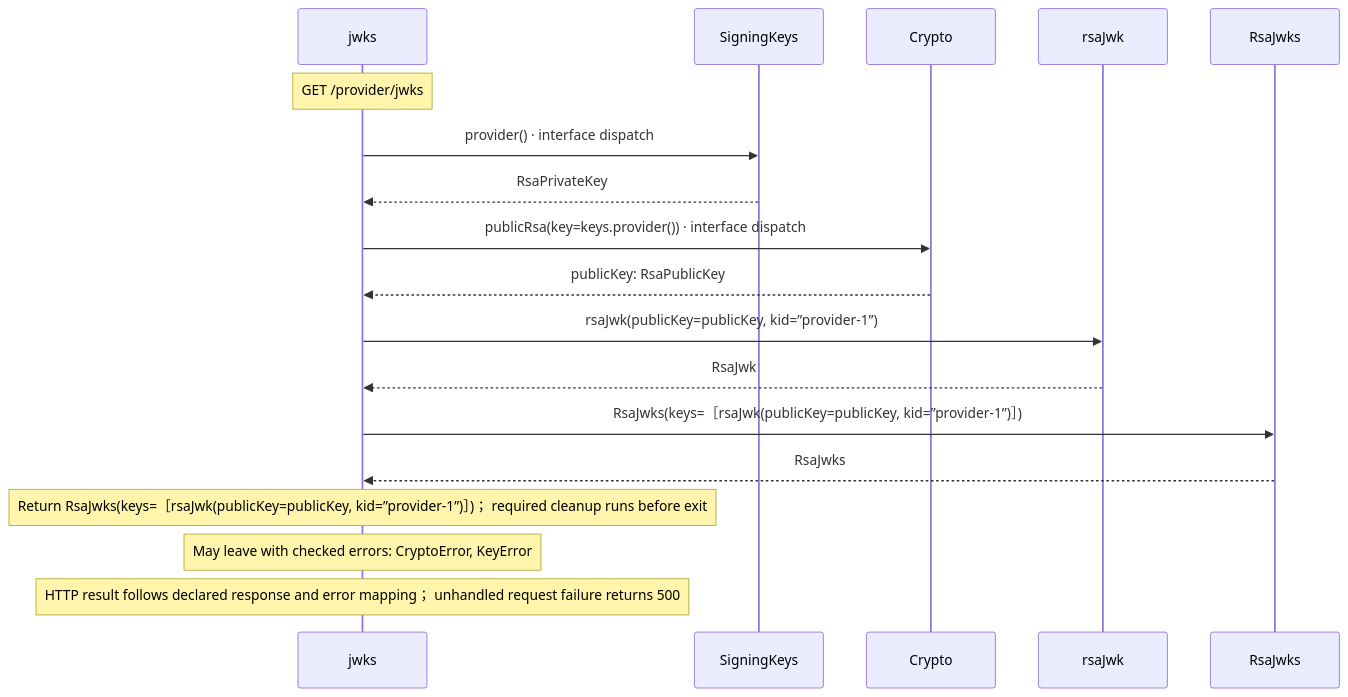
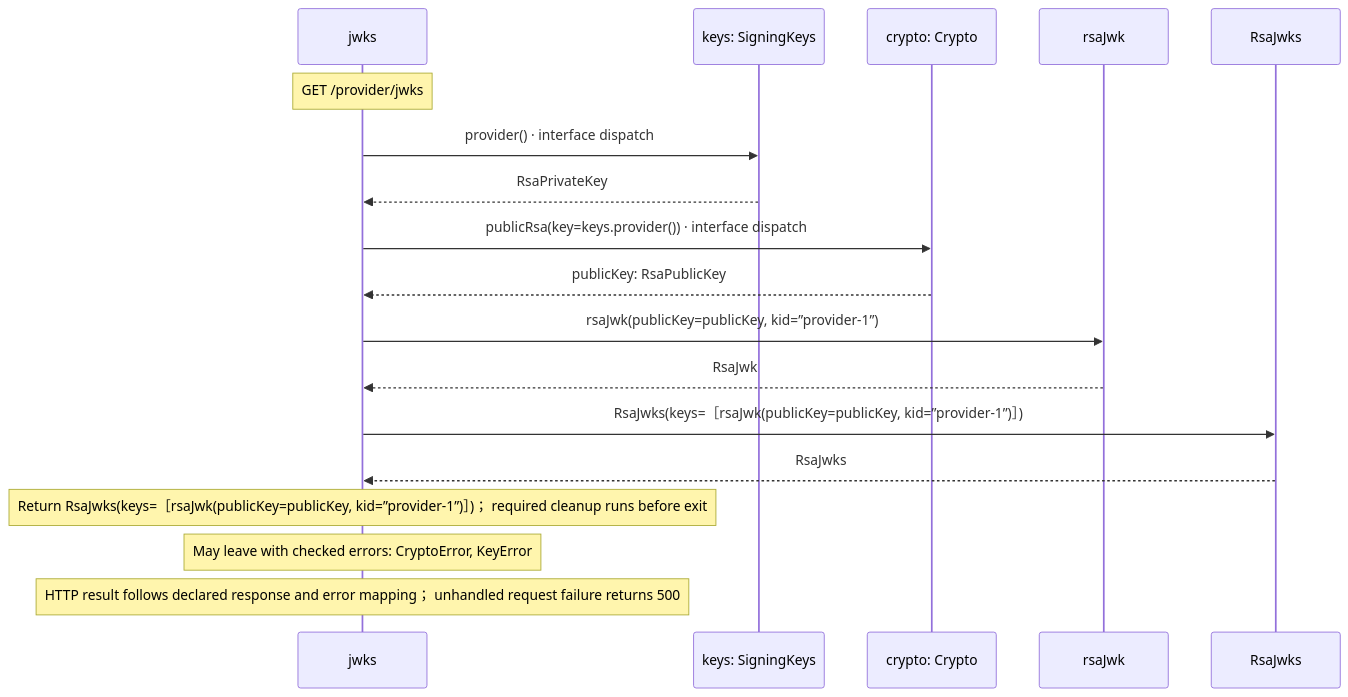
The fourth of 4 diagrams in docs/examples/oidc-login/provider/discovery-diagrams.md (GreenPandaStudios/augscript), drawn with Mermaid before and after one commit. The commit also changed 102 other files, not shown here.

Commit message:
Keep named service receivers distinct in sequence data flow

````diff
--- a/docs/examples/oidc-login/provider/discovery-diagrams.md
+++ b/docs/examples/oidc-login/provider/discovery-diagrams.md
@@ -93,20 +93,20 @@
 ```mermaid
 sequenceDiagram
     participant p0 as jwks
-    participant p1 as SigningKeys
-    participant p2 as Crypto
+    participant p1 as keys: SigningKeys
+    participant p2 as crypto: Crypto
     participant p3 as rsaJwk
     participant p4 as RsaJwks
     Note over p0: GET /provider/jwks
     p0->>p1: provider() · interface dispatch
     p1-->>p0: RsaPrivateKey
     p0->>p2: publicRsa(key=keys.provider()) · interface dispatch
     p2-->>p0: publicKey: RsaPublicKey
     p0->>p3: rsaJwk(publicKey=publicKey, kid=”provider-1”)
     p3-->>p0: RsaJwk
     p0->>p4: RsaJwks(keys=［rsaJwk(publicKey=publicKey, kid=”provider-1”)］)
     p4-->>p0: RsaJwks
     Note over p0: Return RsaJwks(keys=［rsaJwk(publicKey=publicKey, kid=”provider-1”)］)； required cleanup runs before exit
     Note over p0: May leave with checked errors: CryptoError, KeyError
     Note over p0: HTTP result follows declared response and error mapping； unhandled request failure returns 500
 ```
````
